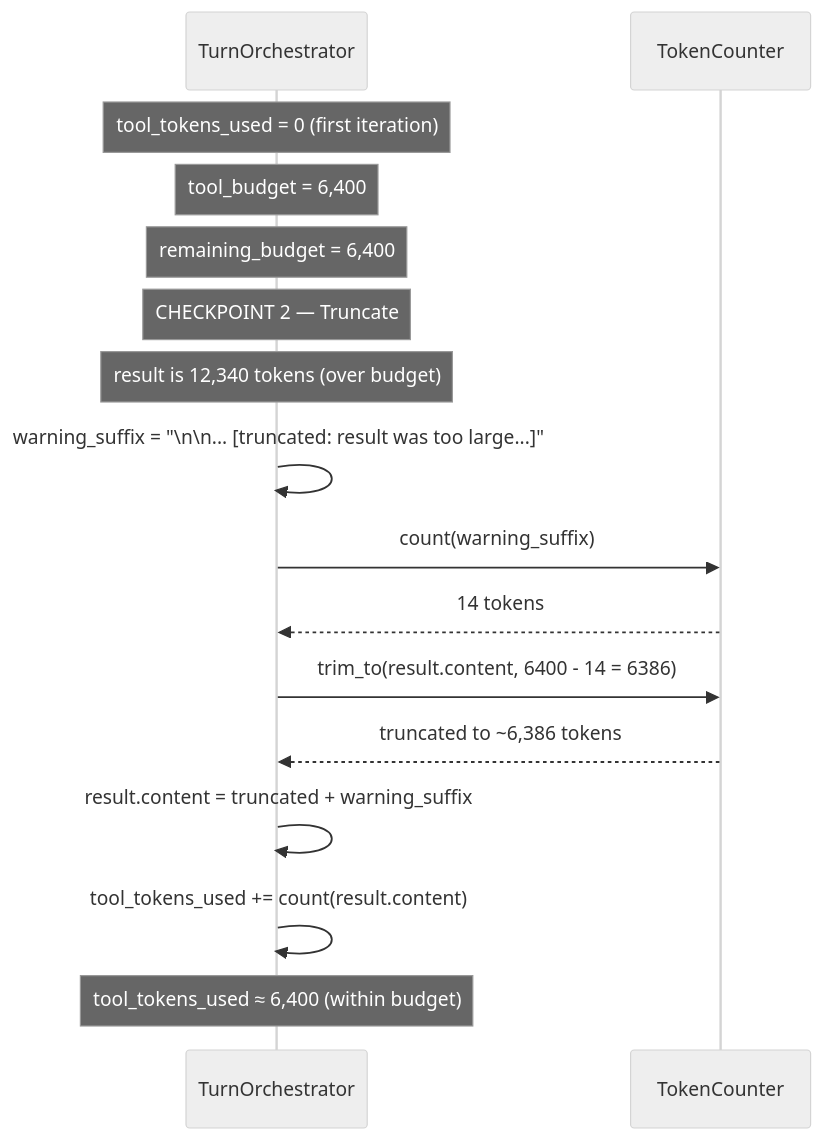
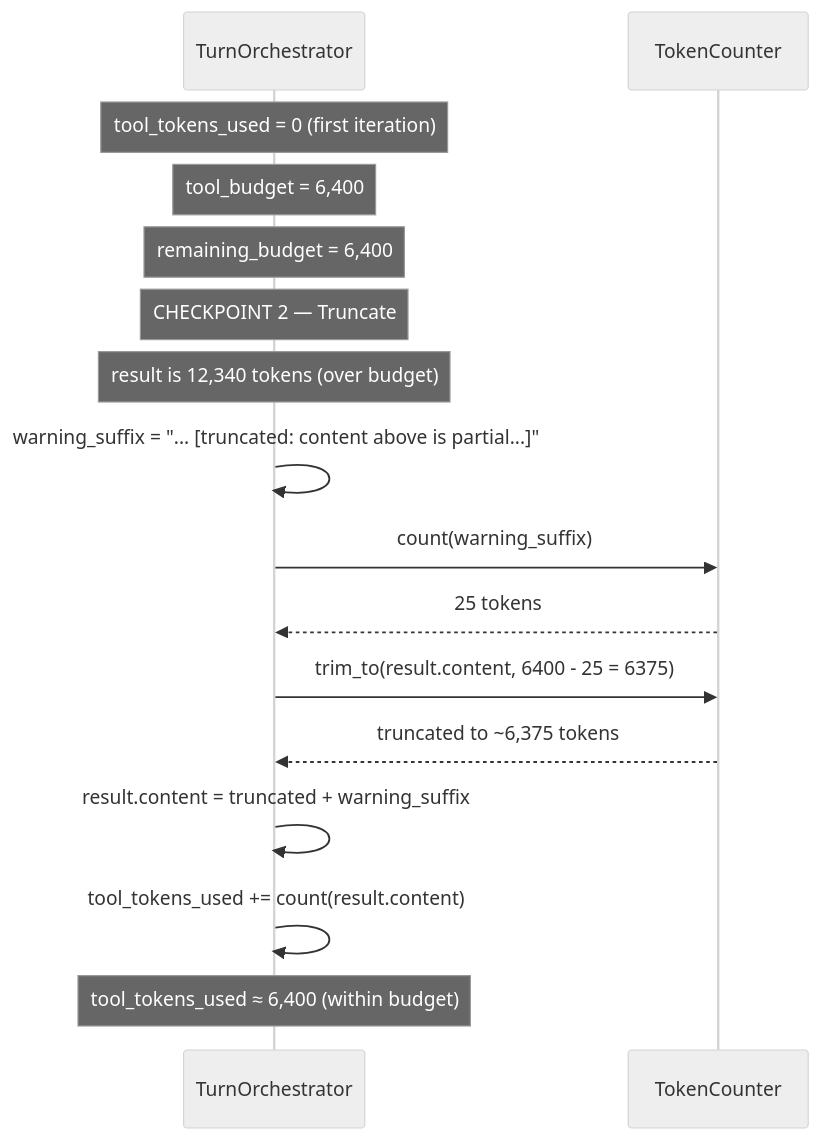
The third of 4 diagrams in kitchen-agent/docs/f01-token-tool-loop.md (m1981/kuchnie), drawn with Mermaid (neutral theme) before and after one commit. The commit also changed other lines of this file, not shown here.

````diff
--- a/kitchen-agent/docs/f01-token-tool-loop.md
+++ b/kitchen-agent/docs/f01-token-tool-loop.md
@@ -134,23 +238,23 @@
 ```mermaid
 sequenceDiagram
     participant TO as TurnOrchestrator
     participant TC as TokenCounter
 
     Note over TO: tool_tokens_used = 0 (first iteration)
     Note over TO: tool_budget = 6,400
     Note over TO: remaining_budget = 6,400
 
     Note over TO: CHECKPOINT 2 — Truncate
     Note over TO: result is 12,340 tokens (over budget)
 
-    TO->>TO: warning_suffix = "\n\n... [truncated: result was too large...]"
+    TO->>TO: warning_suffix = "... [truncated: content above is partial...]"
     TO->>TC: count(warning_suffix)
-    TC-->>TO: 14 tokens
+    TC-->>TO: 25 tokens
 
-    TO->>TC: trim_to(result.content, 6400 - 14 = 6386)
-    TC-->>TO: truncated to ~6,386 tokens
+    TO->>TC: trim_to(result.content, 6400 - 25 = 6375)
+    TC-->>TO: truncated to ~6,375 tokens
 
     TO->>TO: result.content = truncated + warning_suffix
     TO->>TO: tool_tokens_used += count(result.content)
     Note over TO: tool_tokens_used ≈ 6,400 (within budget)
 ```
````
